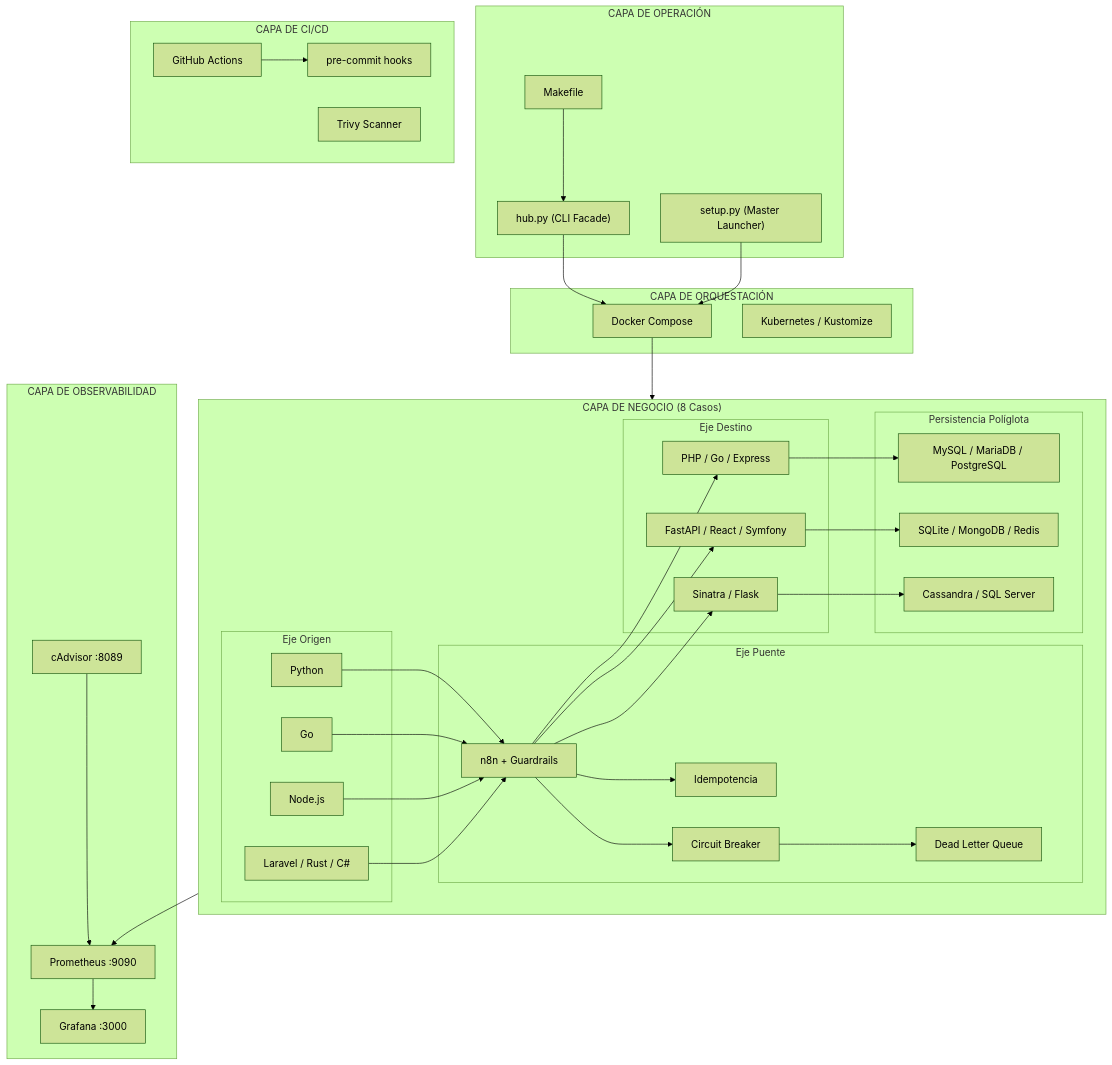
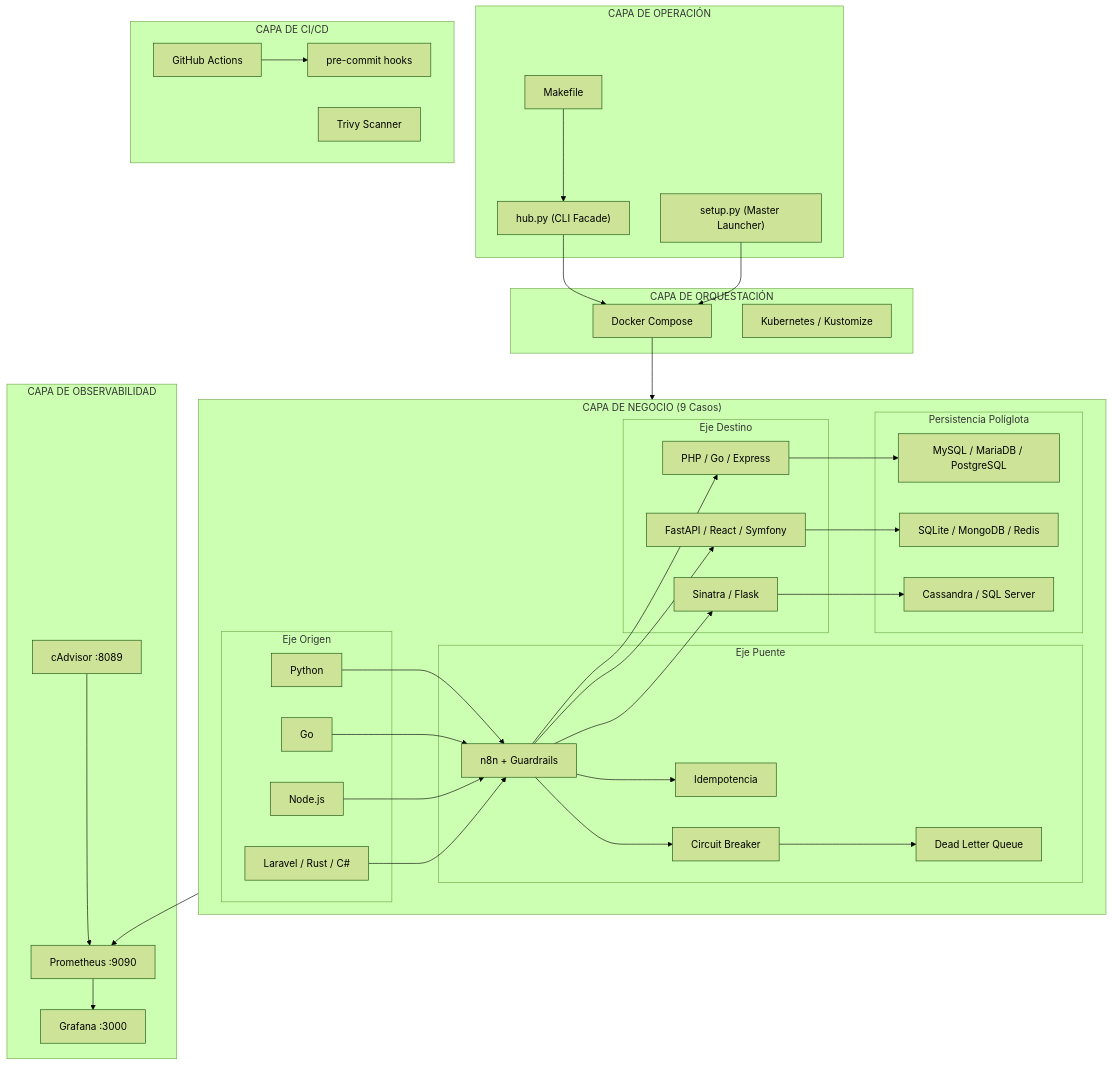
Before and after one commit to vladimiracunadev-create/social-bot-scheduler: the sixth of 6 diagrams in docs/ARCHITECTURE.md, drawn with Mermaid (forest theme). The commit also changed other lines of this file and 37 other files, not shown here.

````diff
--- a/docs/ARCHITECTURE.md
+++ b/docs/ARCHITECTURE.md
@@ -362,68 +363,68 @@
 ```mermaid
 graph TB
     subgraph "CAPA DE OPERACIÓN"
         CLI["hub.py (CLI Facade)"]
         MAKE[Makefile]
         SETUP["setup.py (Master Launcher)"]
     end
 
     subgraph "CAPA DE CI/CD"
         GH["GitHub Actions"]
         PRE["pre-commit hooks"]
         TRIVY[Trivy Scanner]
     end
 
     subgraph "CAPA DE OBSERVABILIDAD"
         PROM[Prometheus :9090]
         GRAF[Grafana :3000]
         CAD[cAdvisor :8089]
         CAD --> PROM
         PROM --> GRAF
     end
 
     subgraph "CAPA DE ORQUESTACIÓN"
         DC["Docker Compose"]
         K8S["Kubernetes / Kustomize"]
     end
 
-    subgraph "CAPA DE NEGOCIO (8 Casos)"
+    subgraph "CAPA DE NEGOCIO (9 Casos)"
         direction LR
         subgraph "Eje Origen"
             O1[Python] 
             O2[Go] 
             O3[Node.js]
             O4["Laravel / Rust / C#"]
         end
         subgraph "Eje Puente"
             N8N["n8n + Guardrails"]
             IDEM[Idempotencia]
             CB[Circuit Breaker]
             DLQ[Dead Letter Queue]
         end
         subgraph "Eje Destino"
             D1["PHP / Go / Express"]
             D2["FastAPI / React / Symfony"]
             D3["Sinatra / Flask"]
         end
         subgraph "Persistencia Políglota"
             DB1["MySQL / MariaDB / PostgreSQL"]
             DB2["SQLite / MongoDB / Redis"]
             DB3["Cassandra / SQL Server"]
         end
     end
 
     CLI --> DC
     MAKE --> CLI
     SETUP --> DC
     GH --> PRE
     DC --> N8N
     O1 & O2 & O3 & O4 --> N8N
     N8N --> IDEM
     N8N --> CB
     CB --> DLQ
     N8N --> D1 & D2 & D3
     D1 --> DB1
     D2 --> DB2
     D3 --> DB3
     N8N --> PROM
 ```
````
